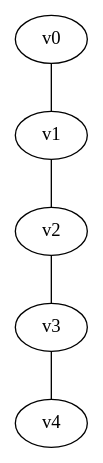
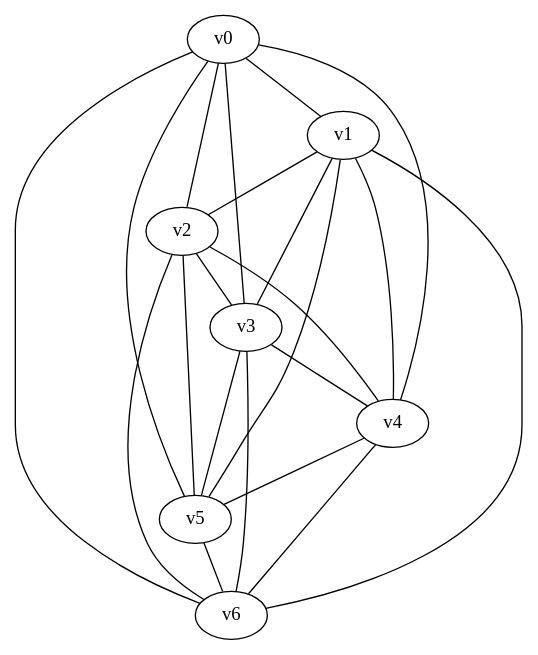
The diagram in cmake-build-debug/aus_kantentabelle.gv (jo20046/graphen), drawn with Graphviz before and after one commit. The commit also changed 22 other files, not shown here.

```diff
--- a/cmake-build-debug/aus_kantentabelle.gv
+++ b/cmake-build-debug/aus_kantentabelle.gv
@@ -1,6 +1,23 @@
 graph {
   v0 -- v1
+  v0 -- v2
+  v0 -- v3
+  v0 -- v4
+  v0 -- v5
+  v0 -- v6
   v1 -- v2
+  v1 -- v3
+  v1 -- v4
+  v1 -- v5
+  v1 -- v6
   v2 -- v3
+  v2 -- v4
+  v2 -- v5
+  v2 -- v6
   v3 -- v4
+  v3 -- v5
+  v3 -- v6
+  v4 -- v5
+  v4 -- v6
+  v5 -- v6
 }
```
